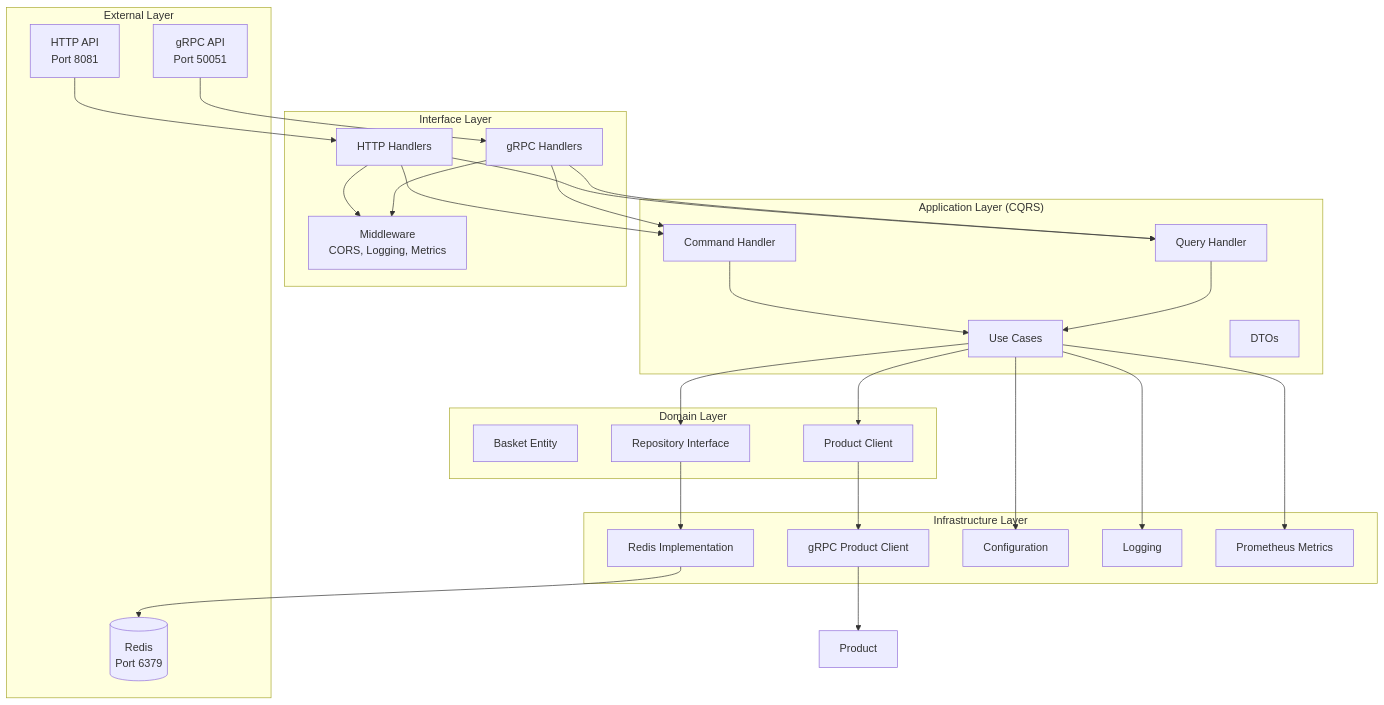
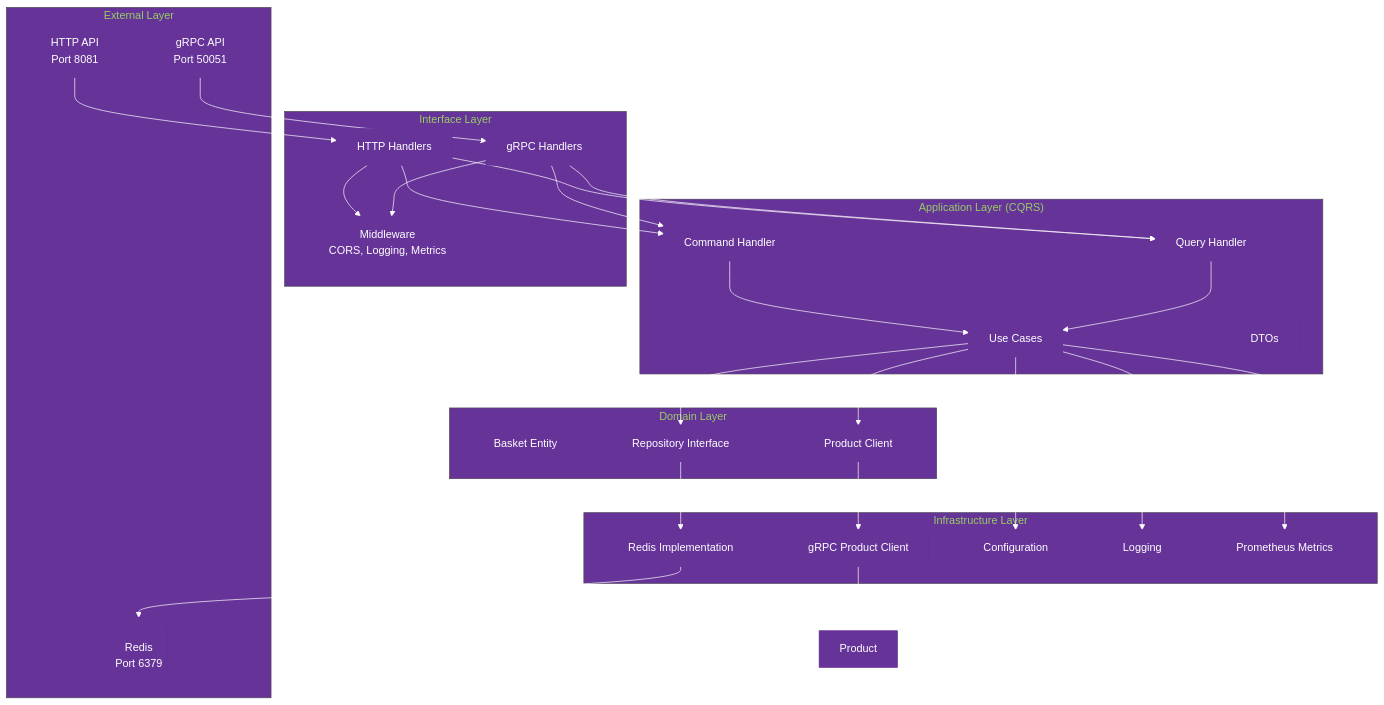
One commit to ozturkeniss/obs-tools-usage changed the fifth of 17 diagrams in README.md. Above: the diagram before and after it, drawn with Mermaid. The commit also changed other lines of this file, not shown here.

First line of the commit message:
Enhance README with detailed architecture and service information

````diff
--- a/README.md
+++ b/README.md
@@ -115,60 +162,61 @@
 ```mermaid
+%%{init: {'theme':'base', 'themeVariables': { 'primaryColor': '#663399', 'primaryTextColor': '#ffffff', 'primaryBorderColor': '#663399', 'lineColor': '#ffffff', 'secondaryColor': '#663399', 'tertiaryColor': '#663399'}}}%%
 graph TB
     subgraph "External Layer"
         HTTP[HTTP API<br/>Port 8081]
         GRPC[gRPC API<br/>Port 50051]
         Redis[(Redis<br/>Port 6379)]
     end
     
     subgraph "Interface Layer"
         HTTPHandler[HTTP Handlers]
         GRPCHandler[gRPC Handlers]
         Middleware[Middleware<br/>CORS, Logging, Metrics]
     end
     
     subgraph "Application Layer (CQRS)"
         CommandHandler[Command Handler]
         QueryHandler[Query Handler]
         UseCase[Use Cases]
         DTO[DTOs]
     end
     
     subgraph "Domain Layer"
         Entity[Basket Entity]
         Repository[Repository Interface]
         ProductClient[Product Client]
     end
     
     subgraph "Infrastructure Layer"
         RedisImpl[Redis Implementation]
         GRPCClient[gRPC Product Client]
         Config[Configuration]
         Logger[Logging]
         Metrics[Prometheus Metrics]
     end
     
     HTTP --> HTTPHandler
     GRPC --> GRPCHandler
     HTTPHandler --> Middleware
     GRPCHandler --> Middleware
     
     HTTPHandler --> CommandHandler
     HTTPHandler --> QueryHandler
     GRPCHandler --> CommandHandler
     GRPCHandler --> QueryHandler
     
     CommandHandler --> UseCase
     QueryHandler --> UseCase
     UseCase --> Repository
     UseCase --> ProductClient
     
     Repository --> RedisImpl
     RedisImpl --> Redis
     
     ProductClient --> GRPCClient
     GRPCClient --> Product
     
     UseCase --> Config
     UseCase --> Logger
     UseCase --> Metrics
 ```
````
